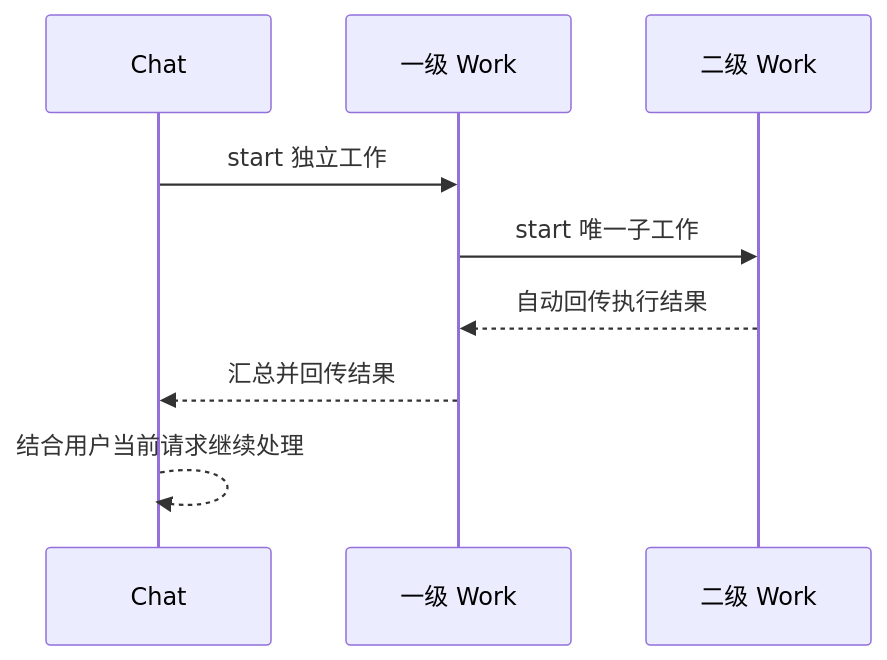
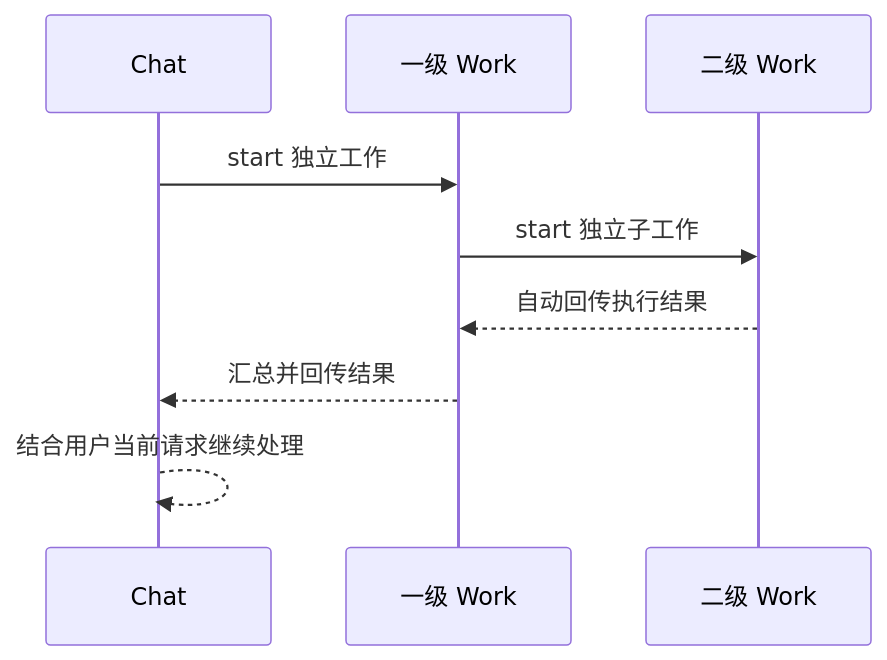
One commit to genesiscosmos/downcity changed the second of 2 diagrams in docs/session-delegation-design.md. Above: the diagram before and after it, drawn with Mermaid. The commit also changed other lines of this file and 6 other files, not shown here.

````diff
--- a/docs/session-delegation-design.md
+++ b/docs/session-delegation-design.md
@@ -140,11 +139,11 @@
 ```mermaid
 sequenceDiagram
     participant C as Chat
     participant W as 一级 Work
     participant S as 二级 Work
     C->>W: start 独立工作
-    W->>S: start 唯一子工作
+    W->>S: start 独立子工作
     S-->>W: 自动回传执行结果
     W-->>C: 汇总并回传结果
     C-->>C: 结合用户当前请求继续处理
 ```
````
